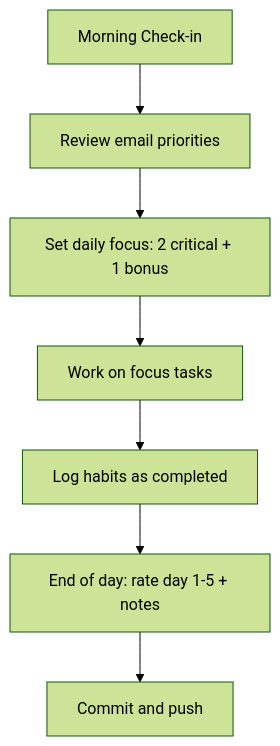
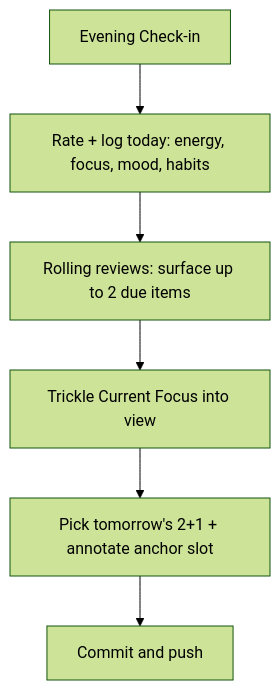
Before and after one commit to Jikodis/my-pfc: the second of 4 diagrams in docs/workflows.md, drawn with Mermaid (forest theme). The commit also changed other lines of this file and 247 other files, not shown here.

````diff
--- a/docs/workflows.md
+++ b/docs/workflows.md
@@ -22,9 +22,8 @@
 ```mermaid
 flowchart TD
-    A[Morning Check-in] --> B[Review email priorities]
-    B --> C[Set daily focus: 2 critical + 1 bonus]
-    C --> D[Work on focus tasks]
-    D --> E[Log habits as completed]
-    E --> F[End of day: rate day 1-5 + notes]
-    F --> G[Commit and push]
+    A[Evening Check-in] --> B[Rate + log today: energy, focus, mood, habits]
+    B --> C[Rolling reviews: surface up to 2 due items]
+    C --> D[Trickle Current Focus into view]
+    D --> E[Pick tomorrow's 2+1 + annotate anchor slot]
+    E --> F[Commit and push]
 ```
````
